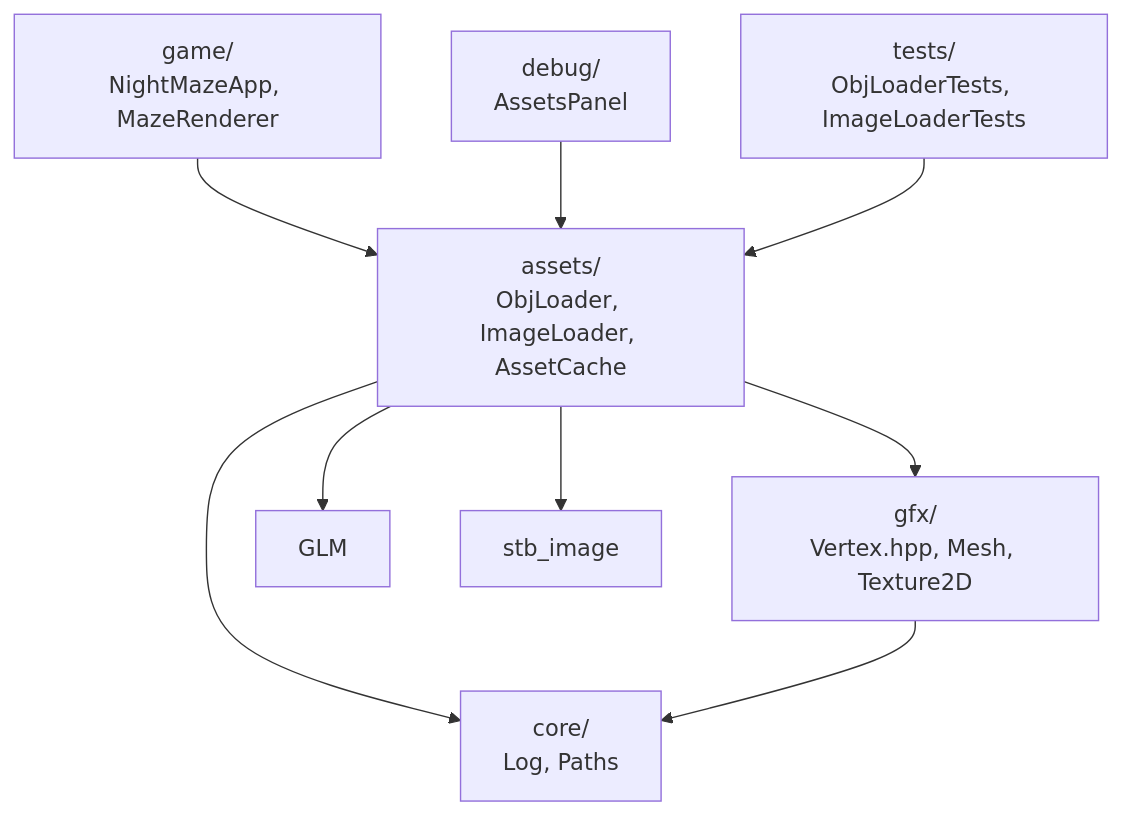
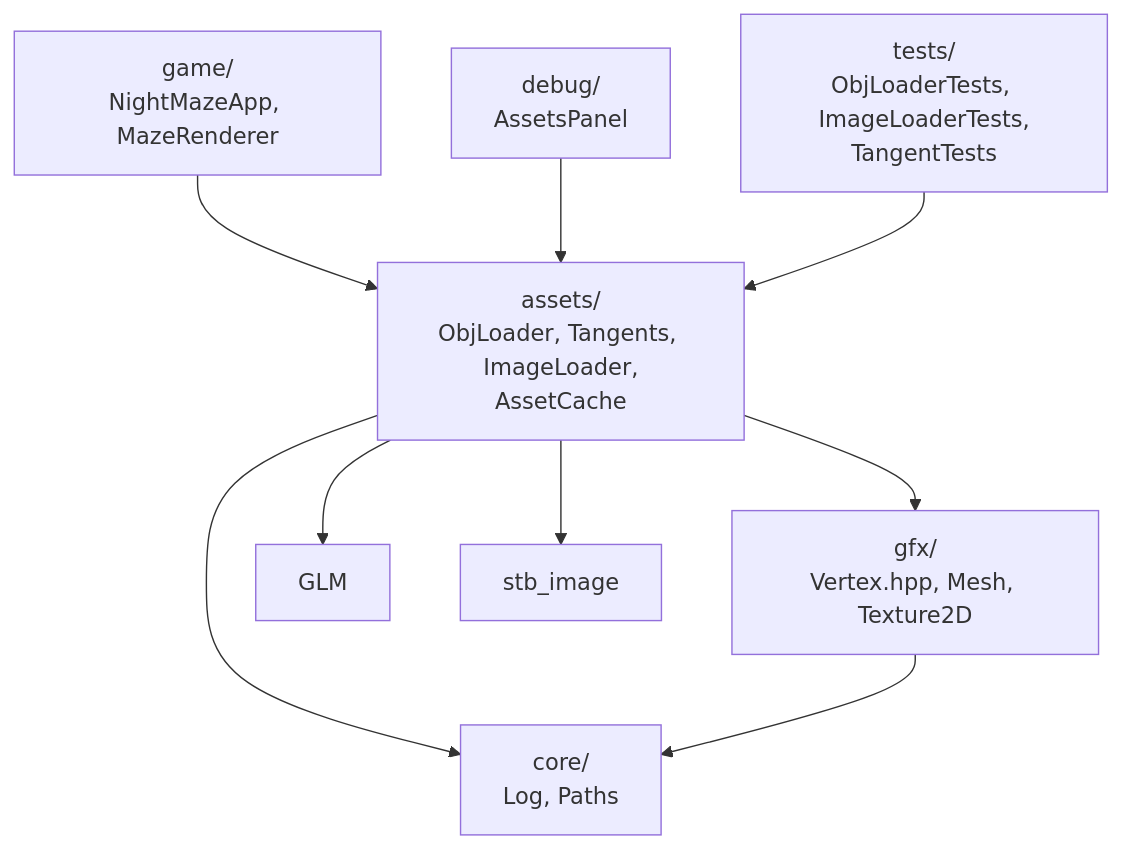
The second of 2 diagrams in docs/modules/assets/README.md (Shironex/night-maze), drawn with Mermaid before and after one commit. The commit also changed other lines of this file and 63 other files, not shown here.

````diff
--- a/docs/modules/assets/README.md
+++ b/docs/modules/assets/README.md
@@ -76,11 +81,11 @@
 ```mermaid
 flowchart TD
     Game["game/<br/>NightMazeApp, MazeRenderer"] --> Assets
     Debug["debug/<br/>AssetsPanel"] --> Assets
-    Tests["tests/<br/>ObjLoaderTests, ImageLoaderTests"] --> Assets
-    Assets["assets/<br/>ObjLoader, ImageLoader, AssetCache"] --> Gfx["gfx/<br/>Vertex.hpp, Mesh, Texture2D"]
+    Tests["tests/<br/>ObjLoaderTests, ImageLoaderTests,<br/>TangentTests"] --> Assets
+    Assets["assets/<br/>ObjLoader, Tangents, ImageLoader,<br/>AssetCache"] --> Gfx["gfx/<br/>Vertex.hpp, Mesh, Texture2D"]
     Assets --> Core["core/<br/>Log, Paths"]
     Assets --> Glm["GLM"]
     Assets --> Stb["stb_image"]
     Gfx --> Core
 ```
````
